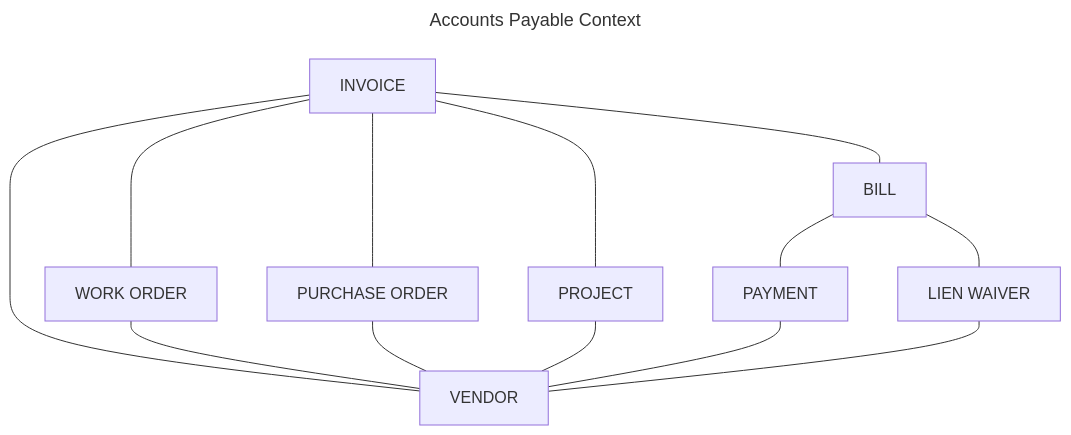
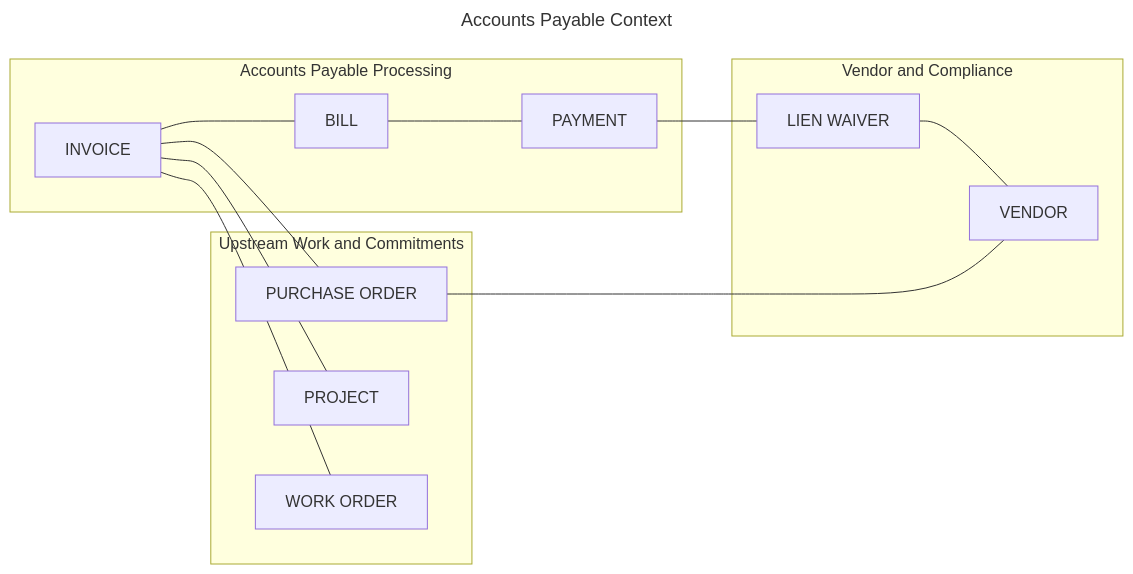
One commit to mcknz76/diagram-example changed the diagram in accounts-payable-bounded-context.mmd. Above: the diagram before and after it, drawn with Mermaid.

Commit message:
updated accounts payable

```diff
--- a/accounts-payable-bounded-context.mmd
+++ b/accounts-payable-bounded-context.mmd
@@ -1,16 +1,51 @@
 ---
 title: Accounts Payable Context
 ---
-graph
-  INVOICE---VENDOR
-  INVOICE---WORKORDER[WORK ORDER]
-  INVOICE---PURCHASEORDER[PURCHASE ORDER]
-  INVOICE---PROJECT
-  INVOICE---BILL
-  BILL---PAYMENT
-  BILL---LIENWAIVER[LIEN WAIVER]
-  PAYMENT---VENDOR
-  PURCHASEORDER---VENDOR  
-  WORKORDER---VENDOR
-  PROJECT---VENDOR
-  LIENWAIVER---VENDOR
+
+flowchart LR
+
+%% -----------------------------------
+%% Accounts Payable Processing
+%% -----------------------------------
+subgraph AP_PROCESSING["Accounts Payable Processing"]
+    INVOICE["INVOICE"]
+    BILL["BILL"]
+    PAYMENT["PAYMENT"]
+end
+
+%% -----------------------------------
+%% Upstream Work and Commitments
+%% -----------------------------------
+subgraph UPSTREAM["Upstream Work and Commitments"]
+    PURCHASE_ORDER["PURCHASE ORDER"]
+    PROJECT["PROJECT"]
+    WORK_ORDER["WORK ORDER"]
+end
+
+%% -----------------------------------
+%% Vendor and Compliance
+%% -----------------------------------
+subgraph VENDOR_CTX["Vendor and Compliance"]
+    LIEN_WAIVER["LIEN WAIVER"]
+    VENDOR["VENDOR"]
+end
+
+%% -----------------------------------
+%% AP Processing Flows
+%% -----------------------------------
+INVOICE --- BILL
+BILL --- PAYMENT
+
+%% -----------------------------------
+%% Upstream Work & Commitments Flows
+%% -----------------------------------
+INVOICE --- PURCHASE_ORDER
+INVOICE --- PROJECT
+INVOICE --- WORK_ORDER
+
+%% -----------------------------------
+%% Vendor & Compliance Flows
+%% -----------------------------------
+PAYMENT --- LIEN_WAIVER
+LIEN_WAIVER --- VENDOR
+PURCHASE_ORDER --- VENDOR
```
